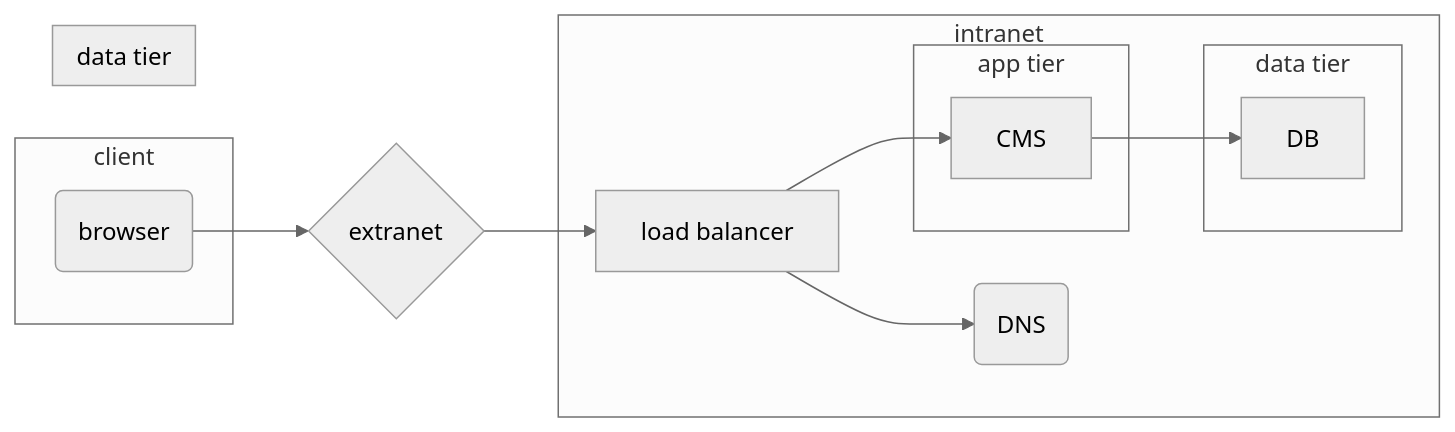
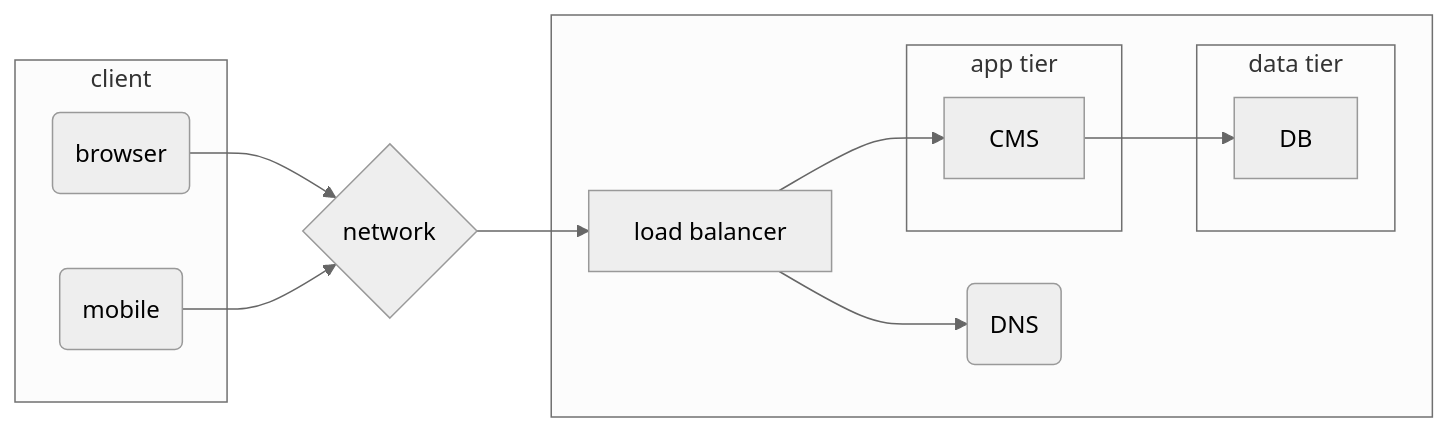
Before and after one commit to sebw/website: the diagram in docs/environment.md, drawn with Mermaid (neutral theme).

Commit message:
adding sections

````diff
--- a/docs/environment.md
+++ b/docs/environment.md
@@ -6,29 +6,27 @@
 ``` mermaid
 graph LR
-  A(browser) --> B{extranet};
+  A(browser) --> B{network};
+  AA(mobile) --> B;
   B --> C[load balancer];
   C --> D[CMS];
   C --> F(DNS)
   D --> E[DB]
 
-  subgraph intranet
+  subgraph  
     C
     subgraph app tier
       D
     end
     subgraph data tier
       E
     end
     F
   end
 
   subgraph client
   A
+  AA
   end
 
 
-  subgraph data tier
-  E
-  end
-
 ```
````
